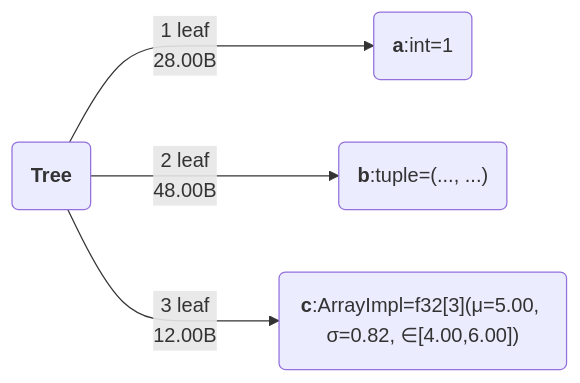
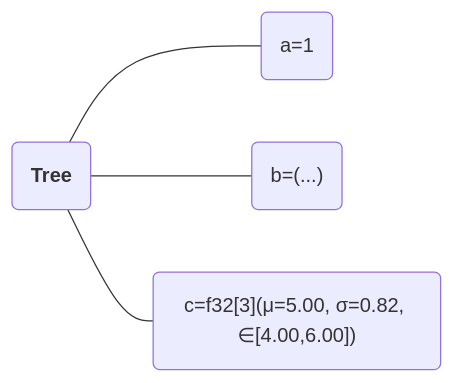
Before and after one commit to ASEM000/pytreeclass: the first of 2 diagrams in README.md, drawn with Mermaid. The commit also changed other lines of this file and 10 other files, not shown here.

````diff
--- a/README.md
+++ b/README.md
@@ -156,8 +156,8 @@
 ```mermaid
 
 flowchart LR
-    id15696277213149321320(<b>Tree</b>)
-    id15696277213149321320--->|"1 leaf<br>28.00B"|id4205845433746830897("<b>a</b>:int=1")
-    id15696277213149321320--->|"2 leaf<br>48.00B"|id4682191244783855647("<b>b</b>:tuple=(..., ...)")
-    id15696277213149321320--->|"3 leaf<br>12.00B"|id14652085615030570957("<b>c</b>:ArrayImpl=f32[3](μ=5.00, σ=0.82, ∈[4.00,6.00])")
+    id0(<b>Tree</b>)
+    id0 --- id1("</b>a=1</b>")
+    id0 --- id2("</b>b=(...)</b>")
+    id0 --- id3("</b>c=f32[3](μ=5.00, σ=0.82, ∈[4.00,6.00])</b>")
 ```
````
